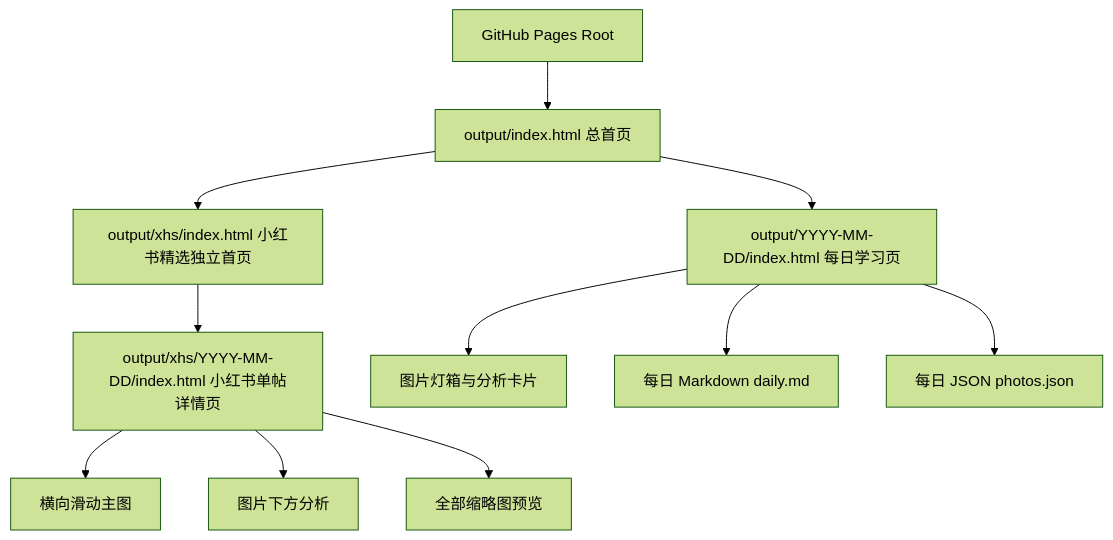
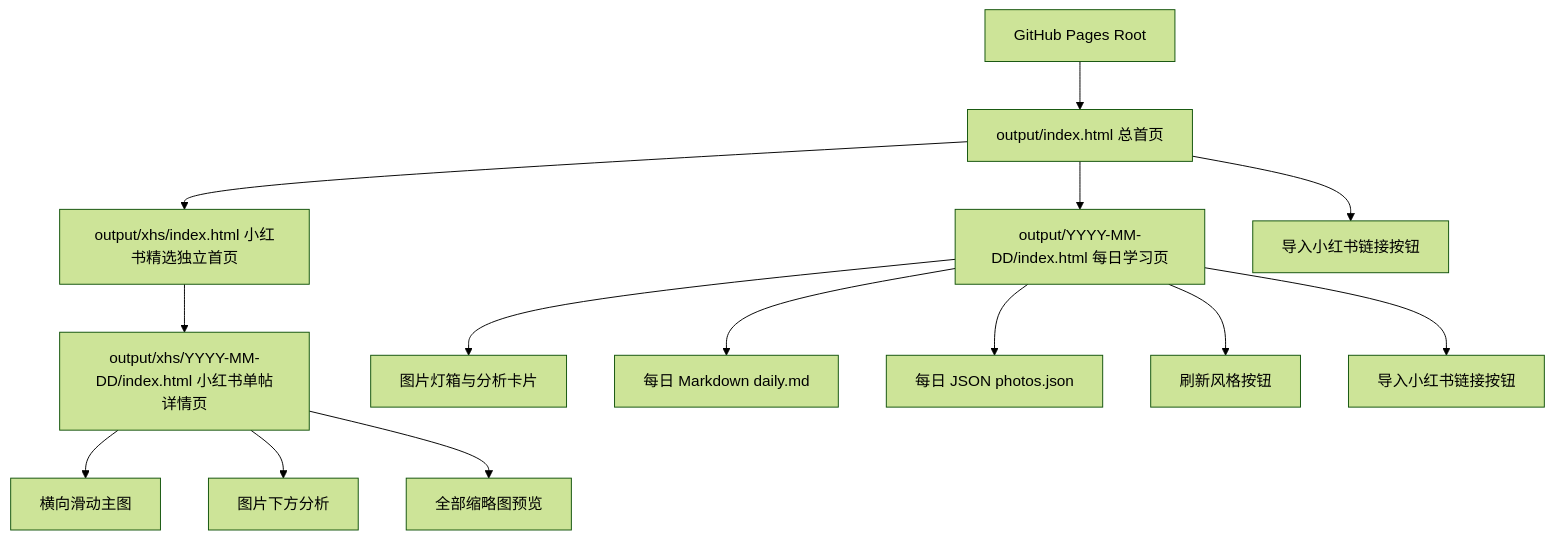
One commit to krisaruz/daily-photo-coach changed the first of 9 diagrams in docs/PRD.md. Above: the diagram before and after it, drawn with Mermaid (forest theme). The commit also changed other lines of this file and 2 other files, not shown here.

````diff
--- a/docs/PRD.md
+++ b/docs/PRD.md
@@ -130,13 +198,16 @@
 ```mermaid
 flowchart TD
     A[GitHub Pages Root] --> B[output/index.html 总首页]
     B --> C[output/YYYY-MM-DD/index.html 每日学习页]
     B --> D[output/xhs/index.html 小红书精选独立首页]
     D --> E[output/xhs/YYYY-MM-DD/index.html 小红书单帖详情页]
     C --> F[图片灯箱与分析卡片]
     C --> G[每日 Markdown daily.md]
     C --> H[每日 JSON photos.json]
     E --> I[横向滑动主图]
     E --> J[图片下方分析]
     E --> K[全部缩略图预览]
+    B --> L[导入小红书链接按钮]
+    C --> M[刷新风格按钮]
+    C --> N[导入小红书链接按钮]
 ```
````
